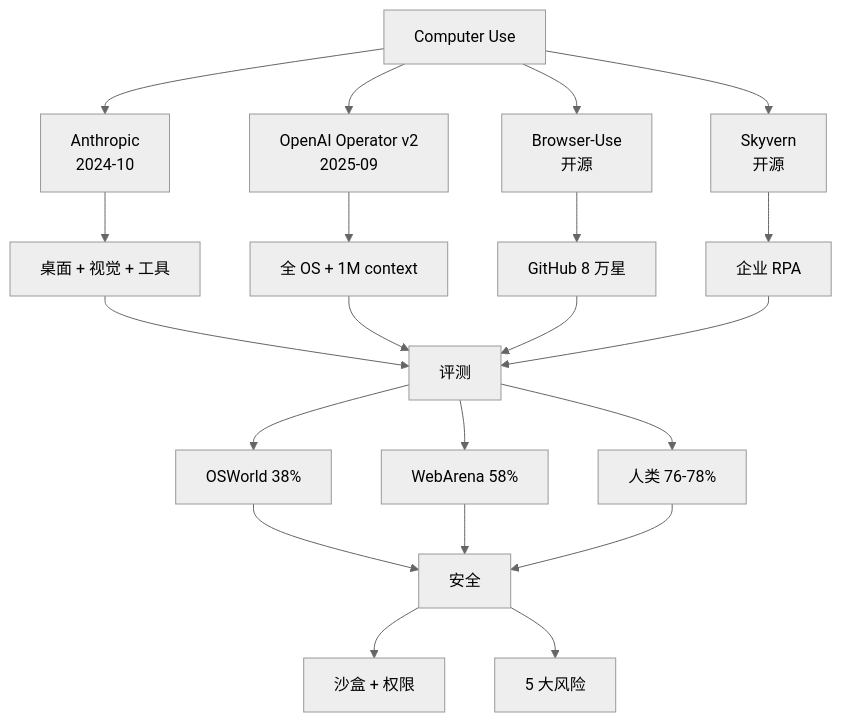
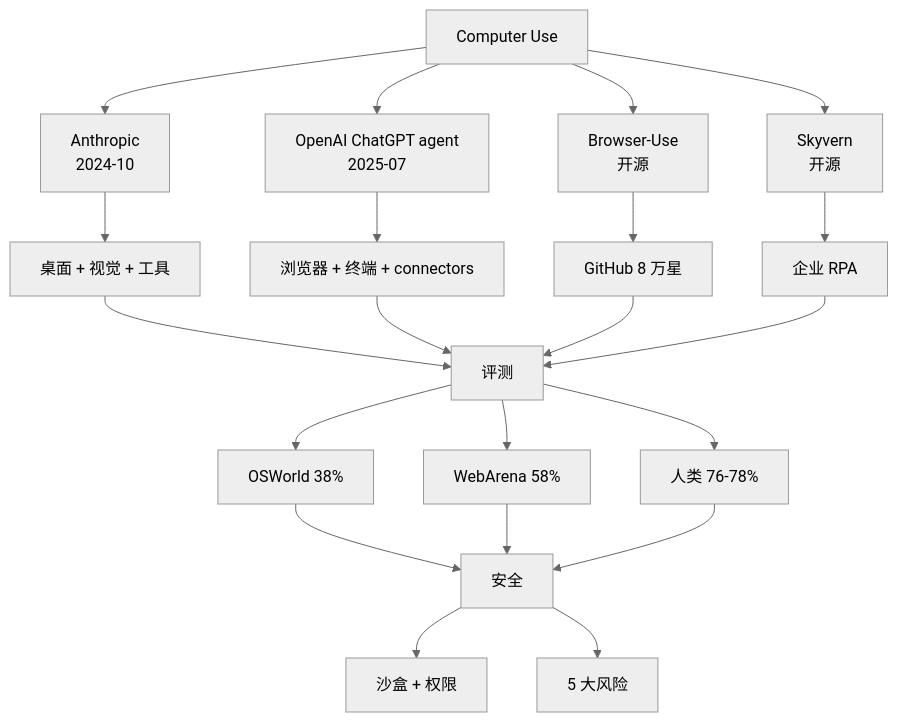
The ninth of 9 diagrams in zh/教辅/信息图/第23章.md (godlockin/maths-cs-ai-compendium), drawn with Mermaid (neutral theme) before and after one commit. The commit also changed 47 other files, not shown here.

````diff
--- a/zh/教辅/信息图/第23章.md
+++ b/zh/教辅/信息图/第23章.md
@@ -142,28 +142,28 @@
 ```mermaid
 flowchart TB
   CU[Computer Use] --> A[Anthropic\n2024-10]
-  CU --> B[OpenAI Operator v2\n2025-09]
+  CU --> B[OpenAI ChatGPT agent\n2025-07]
   CU --> C[Browser-Use\n开源]
   CU --> D[Skyvern\n开源]
 
   A --> A1[桌面 + 视觉 + 工具]
-  B --> B1[全 OS + 1M context]
+  B --> B1[浏览器 + 终端 + connectors]
   C --> C1[GitHub 8 万星]
   D --> D1[企业 RPA]
 
   A1 --> E[评测]
   B1 --> E
   C1 --> E
   D1 --> E
 
   E --> E1["OSWorld 38%"]
   E --> E2["WebArena 58%"]
   E --> E3["人类 76-78%"]
 
   E1 --> S[安全]
   E2 --> S
   E3 --> S
 
   S --> S1[沙盒 + 权限]
   S --> S2[5 大风险]
 ```
````
